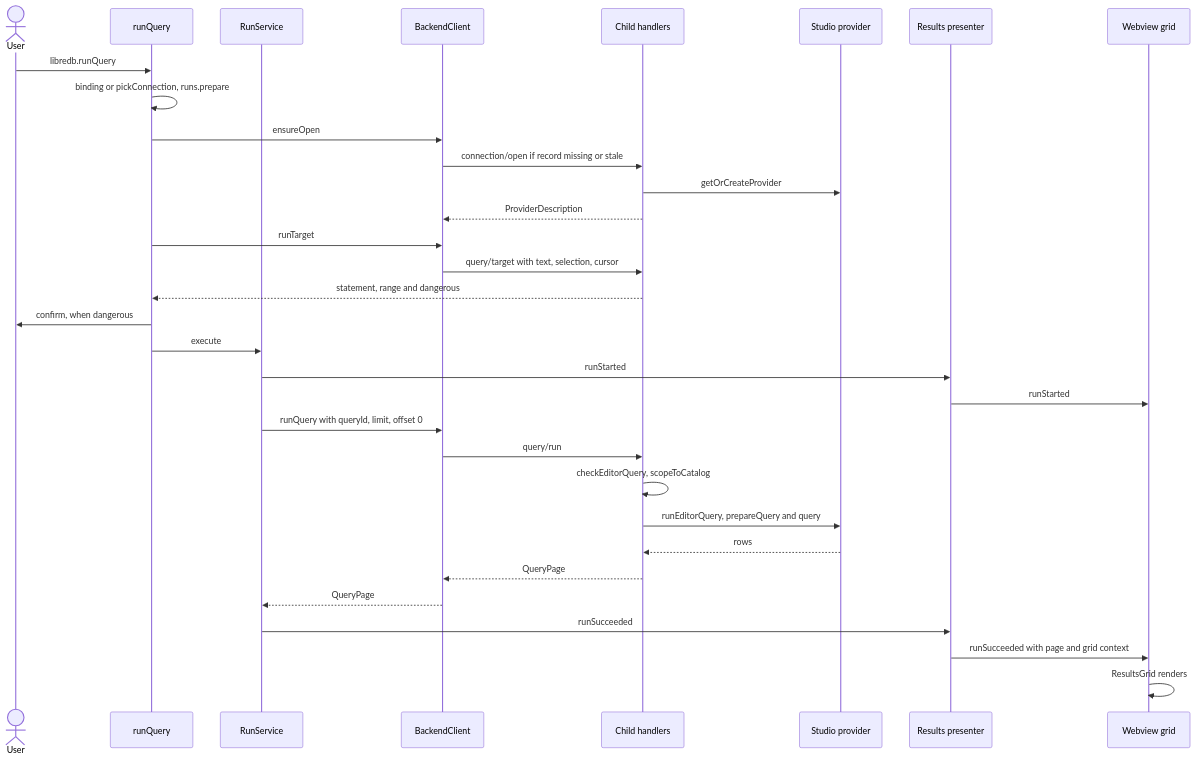
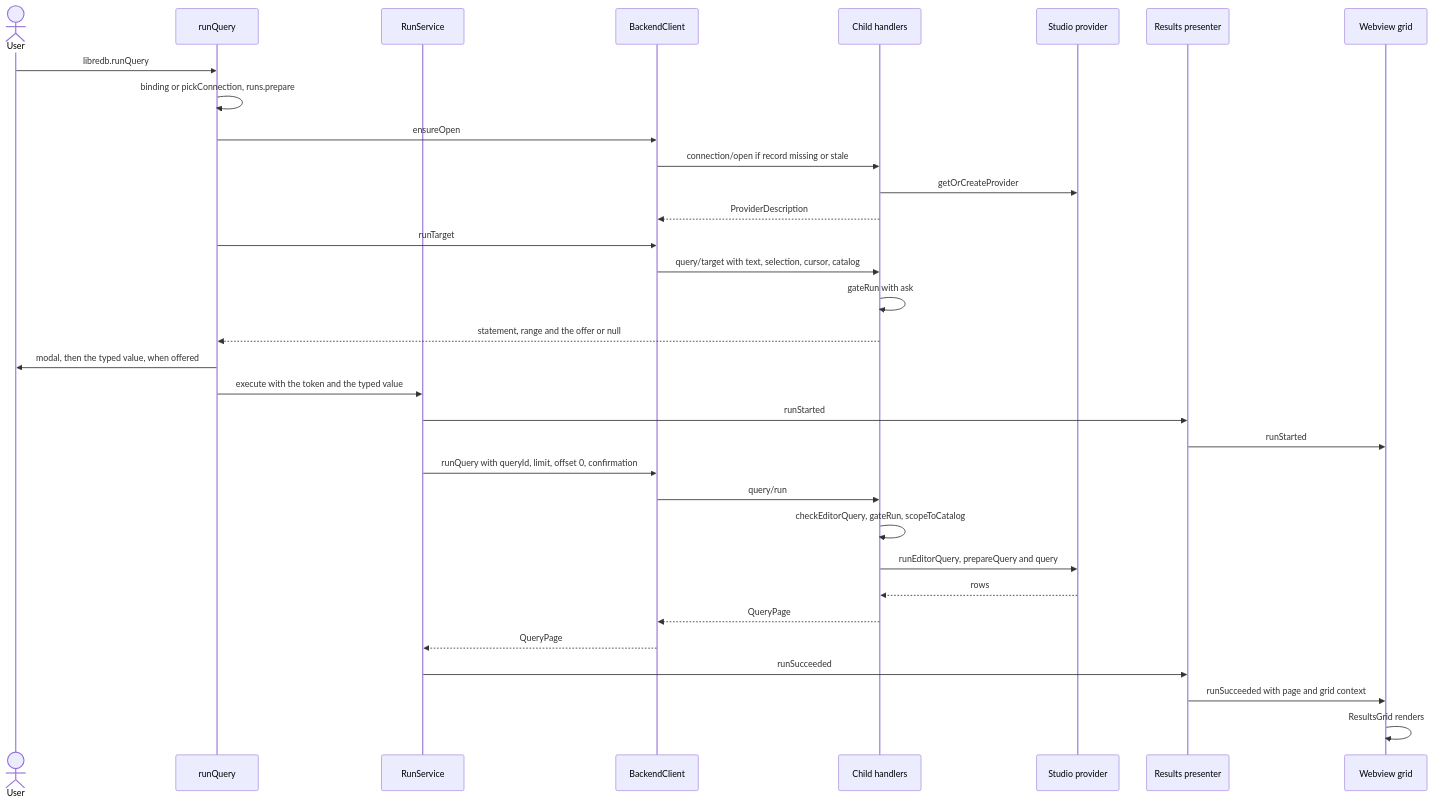
The fourth of 7 diagrams in docs/VSCODE_EXTENSION.md (libredb/libredb-studio), drawn with Mermaid before and after one commit. The commit also changed other lines of this file and 5 other files, not shown here.

First line of the commit message:
docs: say that the VS Code backend holds the run confirmation contract, in security control 3.47, the run API and the extension guide

````diff
--- a/docs/VSCODE_EXTENSION.md
+++ b/docs/VSCODE_EXTENSION.md
@@ -160,34 +161,35 @@
 ```mermaid
 sequenceDiagram
   actor U as User
   participant R as runQuery
   participant S as RunService
   participant C as BackendClient
   participant B as Child handlers
   participant P as Studio provider
   participant V as Results presenter
   participant W as Webview grid
   U->>R: libredb.runQuery
   R->>R: binding or pickConnection, runs.prepare
   R->>C: ensureOpen
   C->>B: connection/open if record missing or stale
   B->>P: getOrCreateProvider
   B-->>C: ProviderDescription
   R->>C: runTarget
-  C->>B: query/target with text, selection, cursor
-  B-->>R: statement, range and dangerous
-  R->>U: confirm, when dangerous
-  R->>S: execute
+  C->>B: query/target with text, selection, cursor, catalog
+  B->>B: gateRun with ask
+  B-->>R: statement, range and the offer or null
+  R->>U: modal, then the typed value, when offered
+  R->>S: execute with the token and the typed value
   S->>V: runStarted
   V->>W: runStarted
-  S->>C: runQuery with queryId, limit, offset 0
+  S->>C: runQuery with queryId, limit, offset 0, confirmation
   C->>B: query/run
-  B->>B: checkEditorQuery, scopeToCatalog
+  B->>B: checkEditorQuery, gateRun, scopeToCatalog
   B->>P: runEditorQuery, prepareQuery and query
   P-->>B: rows
   B-->>C: QueryPage
   C-->>S: QueryPage
   S->>V: runSucceeded
   V->>W: runSucceeded with page and grid context
   W->>W: ResultsGrid renders
 ```
````
